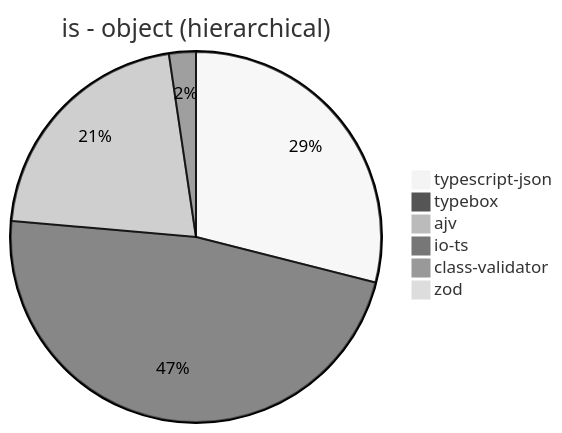
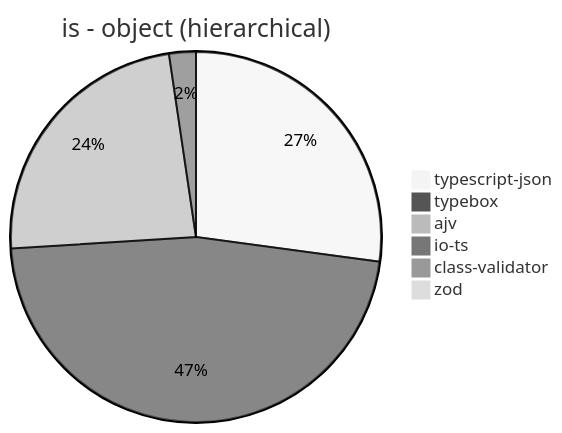
One commit to samchon/typia changed the first of 39 diagrams in benchmark/results/AMD Ryzen 7 5800H with Radeon Graphics.md. Above: the diagram before and after it, drawn with Mermaid (neutral theme). The commit also changed other lines of this file and 3 other files, not shown here.

````diff
--- a/benchmark/results/AMD Ryzen 7 5800H with Radeon Graphics.md
+++ b/benchmark/results/AMD Ryzen 7 5800H with Radeon Graphics.md
@@ -21,9 +21,9 @@
 ```mermaid
 pie title is - object (hierarchical)
-  "typescript-json": 108668.81088035287
-  "typebox": 178011.28021486124
-  "ajv": 79833.88581952118
-  "io-ts": 8797.093649085038
-  "class-validator": 54.710206872969735
-  "zod": 398.03043867502237
+  "typescript-json": 101362.17552533992
+  "typebox": 175157.17866093805
+  "ajv": 88388.31168831169
+  "io-ts": 8728.605029853446
+  "class-validator": 55.868875572788156
+  "zod": 379.89601386481803
 ```
````
